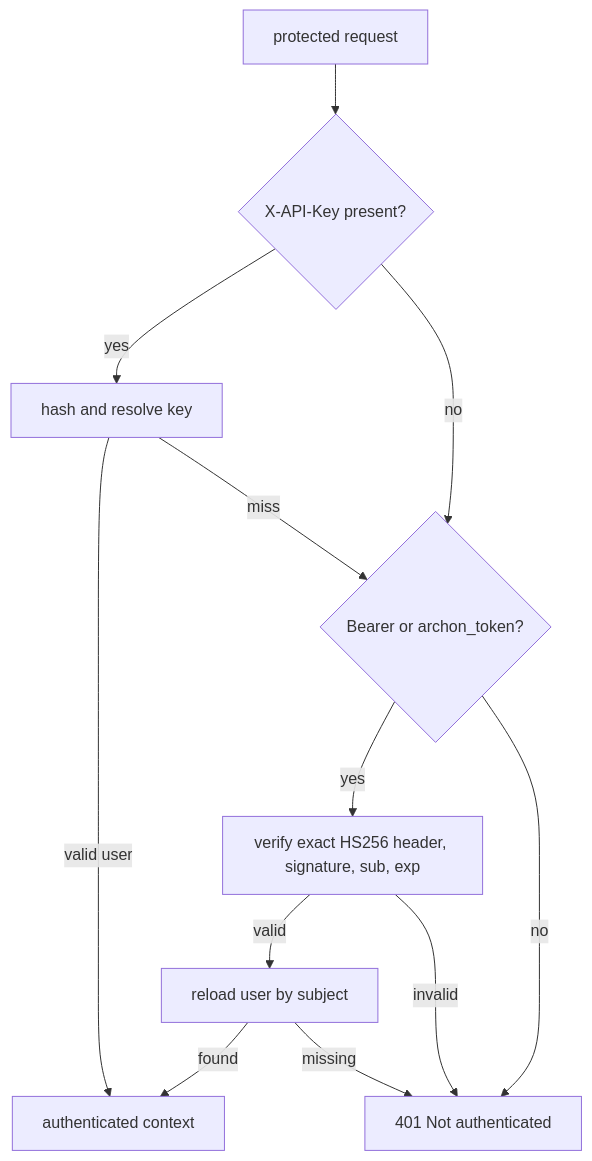
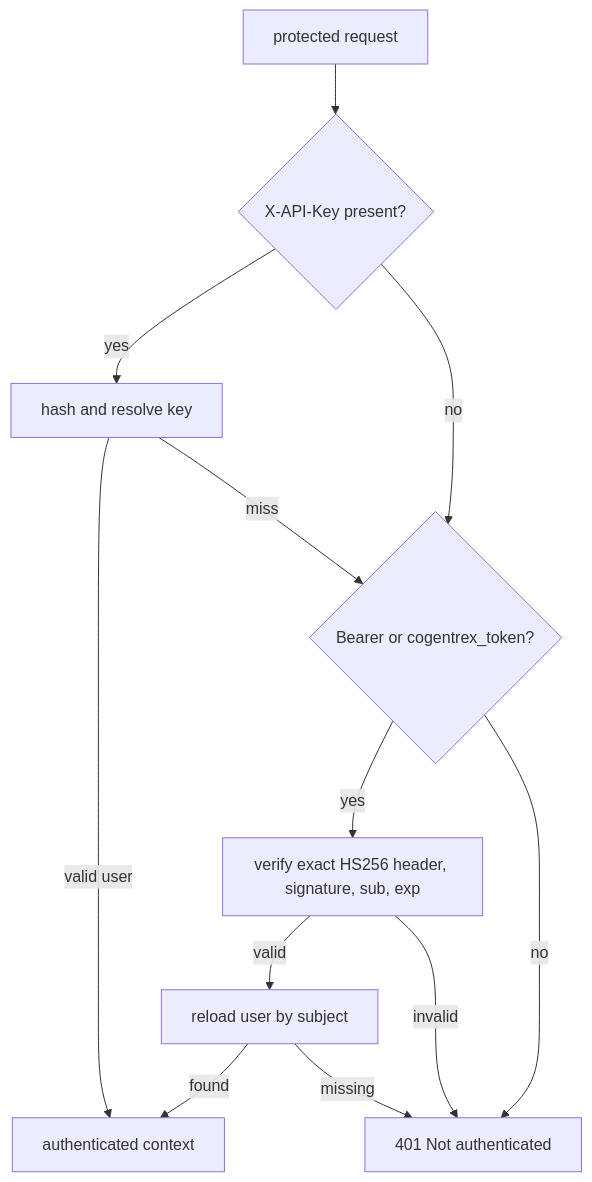
One commit to levalencia/archon changed the second of 2 diagrams in docs/course/concepts/authentication.md. Above: the diagram before and after it, drawn with Mermaid. The commit also changed other lines of this file and 414 other files, not shown here.

First line of the commit message:
feat: rebrand Archon as Cogentrex

````diff
--- a/docs/course/concepts/authentication.md
+++ b/docs/course/concepts/authentication.md
@@ -51,14 +51,14 @@
 ```mermaid
 flowchart TD
   R[protected request] --> K{X-API-Key present?}
   K -->|yes| KH[hash and resolve key]
   KH -->|valid user| A[authenticated context]
-  KH -->|miss| T{Bearer or archon_token?}
+  KH -->|miss| T{Bearer or cogentrex_token?}
   K -->|no| T
   T -->|yes| J[verify exact HS256 header, signature, sub, exp]
   J -->|valid| U[reload user by subject]
   U -->|found| A
   U -->|missing| X[401 Not authenticated]
   J -->|invalid| X
   T -->|no| X
 ```
````
